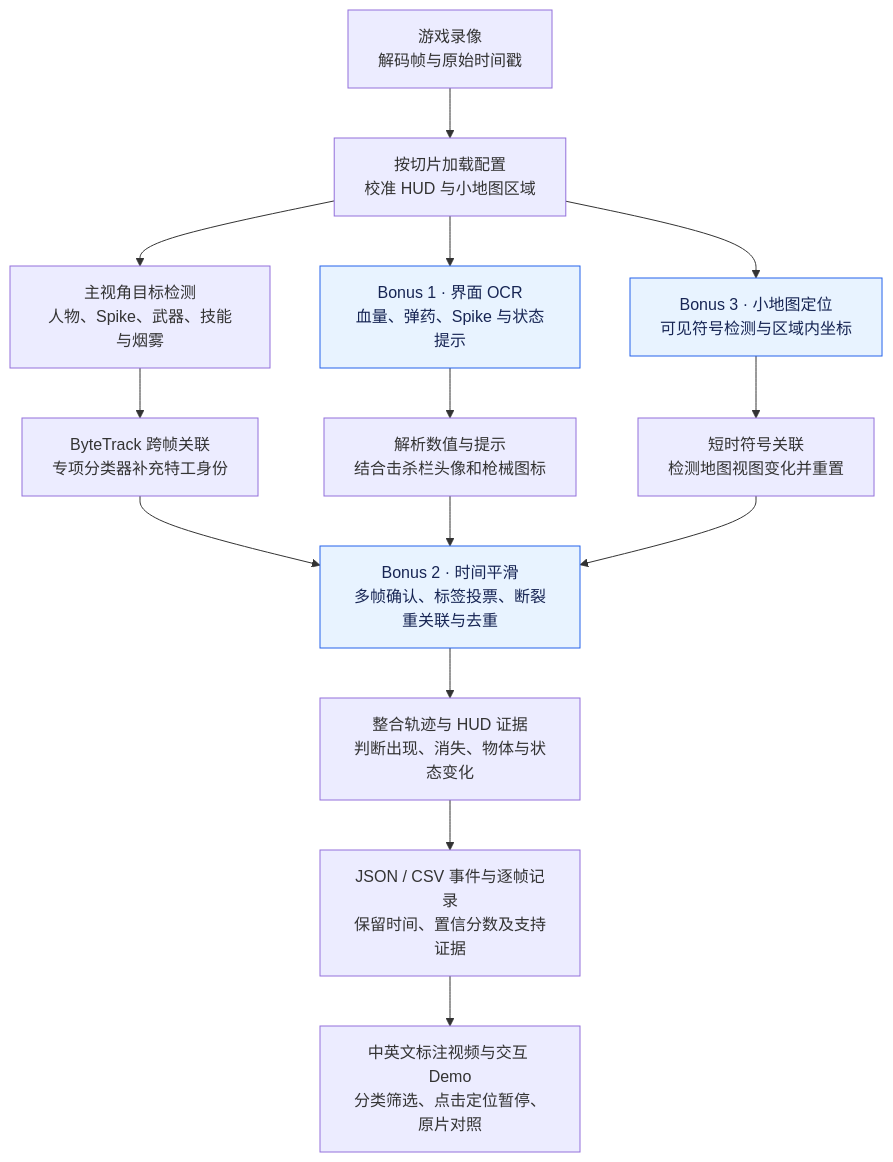
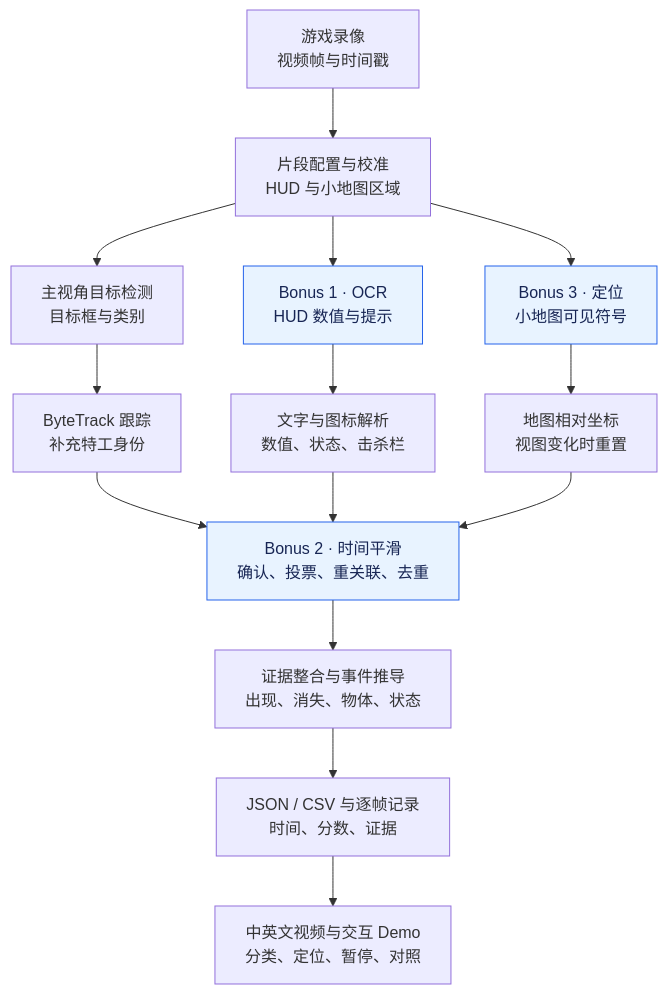
One commit to Xuyw041006-arch/valorant-detect changed the diagram in README_zh.md. Above: the diagram before and after it, drawn with Mermaid. The commit also changed 2 other files, not shown here.

Commit message:
Keep workflow diagram labels concise and readable

````diff
--- a/README_zh.md
+++ b/README_zh.md
@@ -15,18 +15,18 @@
 ```mermaid
 flowchart TD
-    A["游戏录像<br/>解码帧与原始时间戳"] --> B["按切片加载配置<br/>校准 HUD 与小地图区域"]
-    B --> C["主视角目标检测<br/>人物、Spike、武器、技能与烟雾"]
-    B --> D["Bonus 1 · 界面 OCR<br/>血量、弹药、Spike 与状态提示"]
-    B --> E["Bonus 3 · 小地图定位<br/>可见符号检测与区域内坐标"]
-    C --> F["ByteTrack 跨帧关联<br/>专项分类器补充特工身份"]
-    D --> G["解析数值与提示<br/>结合击杀栏头像和枪械图标"]
-    E --> H["短时符号关联<br/>检测地图视图变化并重置"]
-    F --> I["Bonus 2 · 时间平滑<br/>多帧确认、标签投票、断裂重关联与去重"]
+    A["游戏录像<br/>视频帧与时间戳"] --> B["片段配置与校准<br/>HUD 与小地图区域"]
+    B --> C["主视角目标检测<br/>目标框与类别"]
+    B --> D["Bonus 1 · OCR<br/>HUD 数值与提示"]
+    B --> E["Bonus 3 · 定位<br/>小地图可见符号"]
+    C --> F["ByteTrack 跟踪<br/>补充特工身份"]
+    D --> G["文字与图标解析<br/>数值、状态、击杀栏"]
+    E --> H["地图相对坐标<br/>视图变化时重置"]
+    F --> I["Bonus 2 · 时间平滑<br/>确认、投票、重关联、去重"]
     G --> I
     H --> I
-    I --> J["整合轨迹与 HUD 证据<br/>判断出现、消失、物体与状态变化"]
-    J --> K["JSON / CSV 事件与逐帧记录<br/>保留时间、置信分数及支持证据"]
-    K --> L["中英文标注视频与交互 Demo<br/>分类筛选、点击定位暂停、原片对照"]
+    I --> J["证据整合与事件推导<br/>出现、消失、物体、状态"]
+    J --> K["JSON / CSV 与逐帧记录<br/>时间、分数、证据"]
+    K --> L["中英文视频与交互 Demo<br/>分类、定位、暂停、对照"]
     classDef bonus fill:#e8f3ff,stroke:#2563eb,color:#172554;
     class D,E,I bonus;
 ```
````
